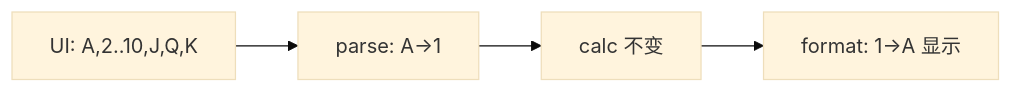
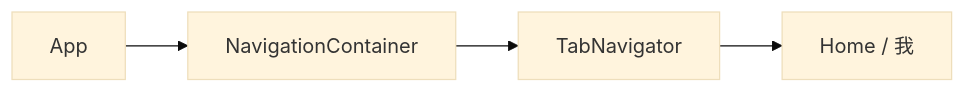
Before and after one commit to streamwhite/databasing-documents-mobile-apps: the second of 4 diagrams in features-logs.md, drawn with Mermaid (base theme). The commit also changed other lines of this file and 23 other files, not shown here.

Commit message:
Rebrand to databasing-documents-mobile-apps; placeholder Home + tab 我; EAS project; remove niuniu; tab icons + GestureHandlerRootView; Jest/Expo version fixes; ANDROID_HOME docs

````diff
--- a/features-logs.md
+++ b/features-logs.md
@@ -23,6 +23,6 @@
 ```mermaid
 flowchart LR
-  A[UI: A,2..10,J,Q,K] --> B[parse: A→1]
-  B --> C[calc 不变]
-  C --> D[format: 1→A 显示]
+  A[App] --> B[NavigationContainer]
+  B --> C[TabNavigator]
+  C --> D[Home / 我]
 ```
````
